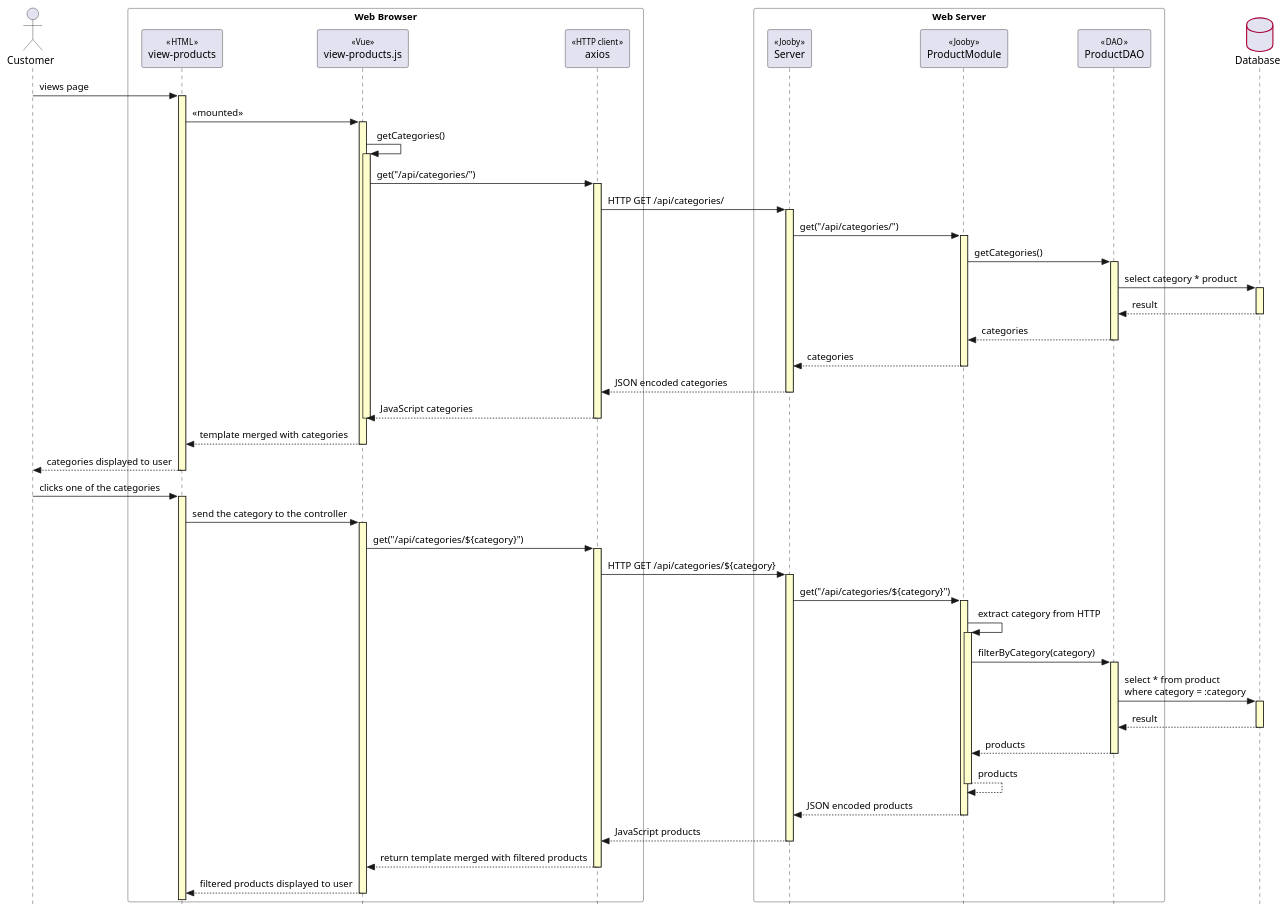
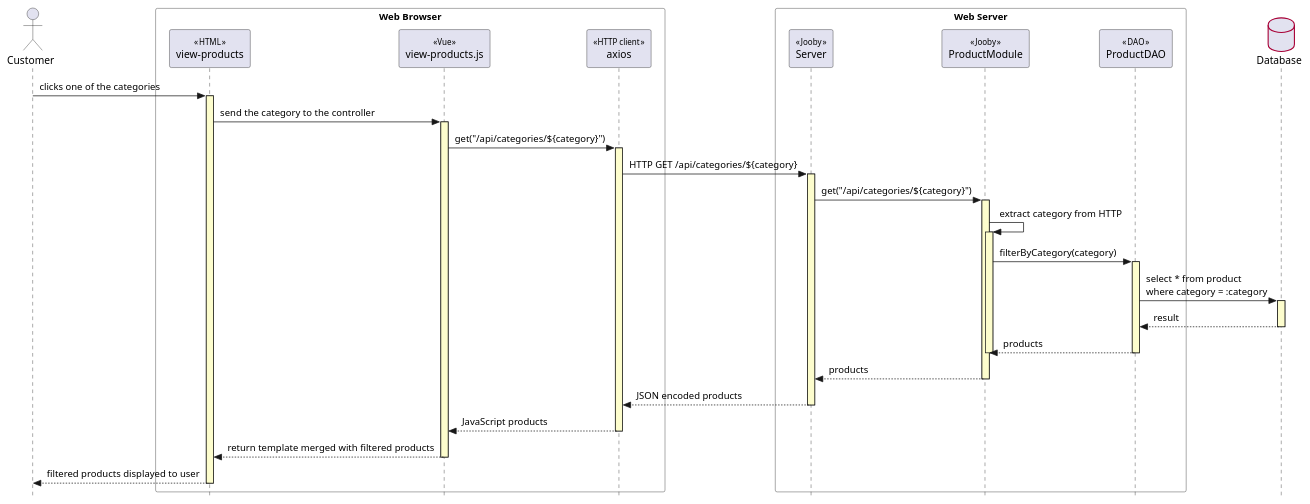
Before and after one commit to hongyuhuang/Tea-Time-Client-Side: the diagram in sequencediagrams/filter.puml, drawn with PlantUML. The commit also changed 3 other files, not shown here.

Commit message:
Fixed Sequence Diagram

```diff
--- a/sequencediagrams/filter.puml
+++ b/sequencediagrams/filter.puml
@@ -1,89 +1,73 @@
 @startuml
 ' style tweaks to make the diagram a little more readable
 skinparam {
 	Style strictuml
 	RoundCorner 5
 	BoxPadding 35
 	ParticipantPadding 15
     Padding 2
 
 	Sequence {
 		' make activations yellow too
 		LifeLineBackgroundColor #FDFDCD
 
 		' make stereotypes less ugly
 		Stereotype {
 			Font {
 				Size 11
 				Style plain
 			}
 		}
 	}
 
    Database {
 		BorderColor #A80036
 	}
 
 }
 
 Actor Customer as user
 
 box "             Web Browser             " #white
 	Participant "view-products" as page << HTML >>
     participant "view-products.js" as controller <<Vue>>
     participant "axios" as axios <<HTTP client >>
 end box
 
 box "Web Server" #white
 	Participant "Server" as service << Jooby >>
 	Participant "ProductModule" as module << Jooby >>
 	Participant "ProductDAO" as dao << DAO >>
 end box
 
 database "Database" as db
 
-user -> page++ : views page
-page -> controller++ : <<mounted>>
-controller -> controller++ : getCategories() 
-controller -> axios++ : get("/api/categories/")
-axios -> service++ : HTTP GET /api/categories/
-service -> module++ : get("/api/categories/")
-module -> dao++ : getCategories() 
-dao -> db++ : select category * product
-return result 
-return categories
-return categories
-return JSON encoded categories
-return JavaScript categories
-controller--
-return template merged with categories
-return categories displayed to user
-
 user -> page++ : clicks one of the categories
 page -> controller++ : send the category to the controller 
 controller -> axios++ : get("/api/categories/${category}")
 axios -> service++ : HTTP GET /api/categories/${category}
 service -> module++ :  get("/api/categories/${category}")
 module -> module++ : extract category from HTTP
 module -> dao++ : filterByCategory(category)
 dao -> db++ : select * from product\nwhere category = :category
 return result
 return products
+module--
 return products
 return JSON encoded products
 return JavaScript products
 return return template merged with filtered products
 return filtered products displayed to user
 
 
 
 
 
 
 
 
 
 
 
 
 @enduml
```
